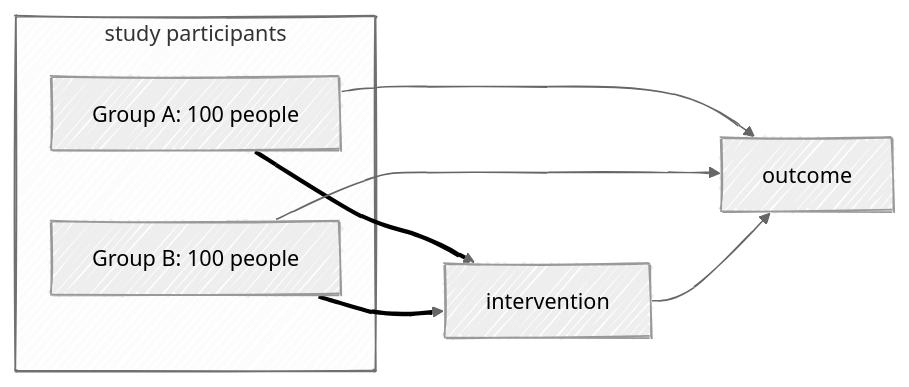
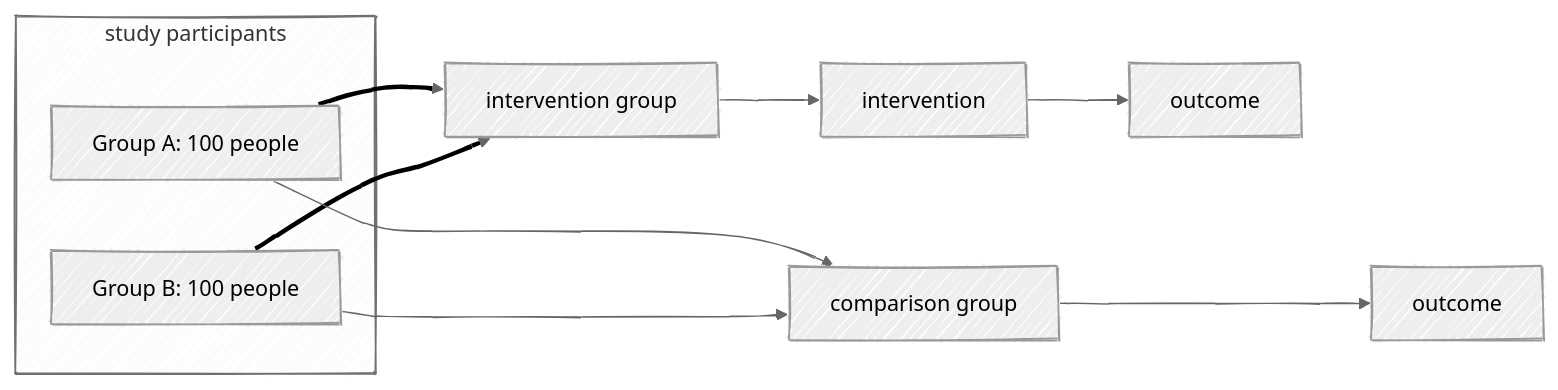
One commit to agrogan1/closeread changed the third of 3 diagrams in multivariate/multivariate.md. Above: the diagram before and after it, drawn with Mermaid.

Commit message:
Refactor intervention and outcome relationships in diagram

````diff
--- a/multivariate/multivariate.md
+++ b/multivariate/multivariate.md
@@ -57,30 +57,34 @@
 ```mermaid
 ---
 config:
   look: handDrawn
   theme: neutral
 ---
 
 flowchart LR
 
 subgraph study["study participants"]
 
   A["Group A: 100 people"]
 
   B["Group B: 100 people"]
 
   end
 
-  A --> intervention
+  A --> interventiongroup["intervention group"]
 
-  B --> intervention
+  B --> interventiongroup["intervention group"]
 
-  A ---> outcome
+  interventiongroup["intervention group"] --> intervention
 
-  B ---> outcome
+  intervention[intervention] --> outcome1[outcome]
 
-  intervention[intervention] --> outcome[outcome]
+  A ---> comparisongroup
+
+  B ---> comparisongroup
+
+  comparisongroup["comparison group"] ---> outcome0[outcome]
 
   linkStyle 0,1 stroke:#000000,stroke-width:3px,font-size:36px,color:black;
 
 ```
````
